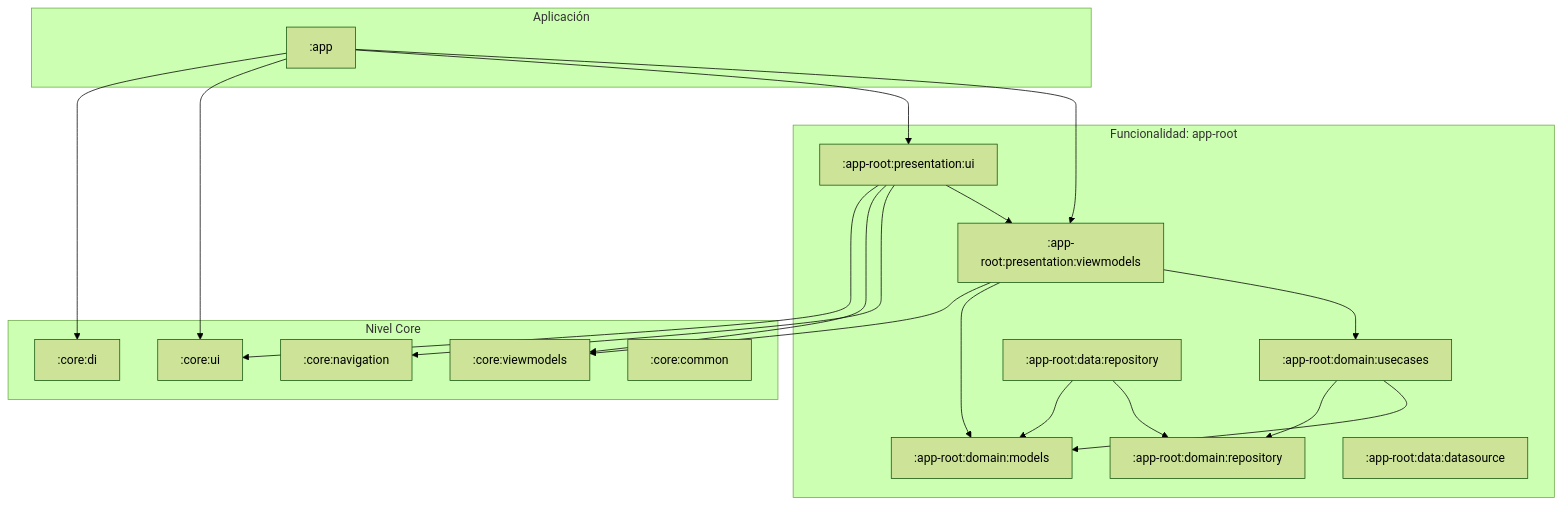
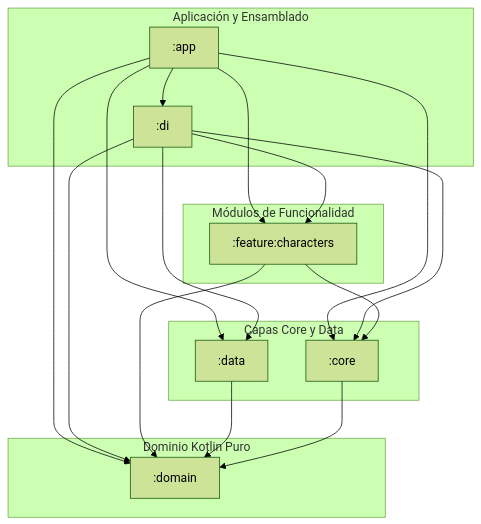
The diagram in README.es.md (davcres/rick-and-morty), drawn with Mermaid (forest theme) before and after one commit. The commit also changed other lines of this file and 110 other files, not shown here.

````diff
--- a/README.es.md
+++ b/README.es.md
@@ -26,46 +35,40 @@
 ```mermaid
 graph TD
-    subgraph App_Level [Aplicación]
+    subgraph App_Layer [Aplicación y Ensamblado]
         APP[:app]
+        DI[:di]
     end
 
-    subgraph Core_Level [Nivel Core]
-        core_di[:core:di]
-        core_nav[:core:navigation]
-        core_ui[:core:ui]
-        core_vmb[:core:viewmodels]
-        core_com[:core:common]
+    subgraph Feature_Layer [Módulos de Funcionalidad]
+        FEAT_CHAR[:feature:characters]
     end
 
-    subgraph Feature_AppRoot [Funcionalidad: app-root]
-        root_ui[:app-root:presentation:ui]
-        root_vm[:app-root:presentation:viewmodels]
-        root_uc[:app-root:domain:usecases]
-        root_repo[:app-root:domain:repository]
-        root_models[:app-root:domain:models]
-        root_data[:app-root:data:repository]
-        root_ds[:app-root:data:datasource]
+    subgraph Core_Data_Layers [Capas Core y Data]
+        CORE[:core]
+        DATA[:data]
     end
 
-    %% Dependencias de APP
-    APP --> core_di
-    APP --> core_ui
-    APP --> root_ui
-    APP --> root_vm
+    subgraph Domain_Layer [Dominio Kotlin Puro]
+        DOMAIN[:domain]
+    end
 
-    %% Flujo de App-Root
-    root_ui --> core_ui
-    root_ui --> core_vmb
-    root_ui --> core_nav
-    root_ui --> root_vm
+    %% Cableado de App y DI
+    APP --> DI
+    APP --> FEAT_CHAR
+    APP --> CORE
+    APP --> DATA
+    APP --> DOMAIN
 
-    root_vm --> core_vmb
-    root_vm --> root_models
-    root_vm --> root_uc
+    DI --> FEAT_CHAR
+    DI --> DATA
+    DI --> DOMAIN
+    DI --> CORE
 
-    root_uc --> root_repo
-    root_uc --> root_models
+    %% Dependencias de Feature
+    FEAT_CHAR --> CORE
+    FEAT_CHAR --> DOMAIN
 
-    root_data --> root_models
-    root_data --> root_repo
+    %% Dependencias de Data y Core
+    DATA --> DOMAIN
+    CORE --> DOMAIN
 ```
````
